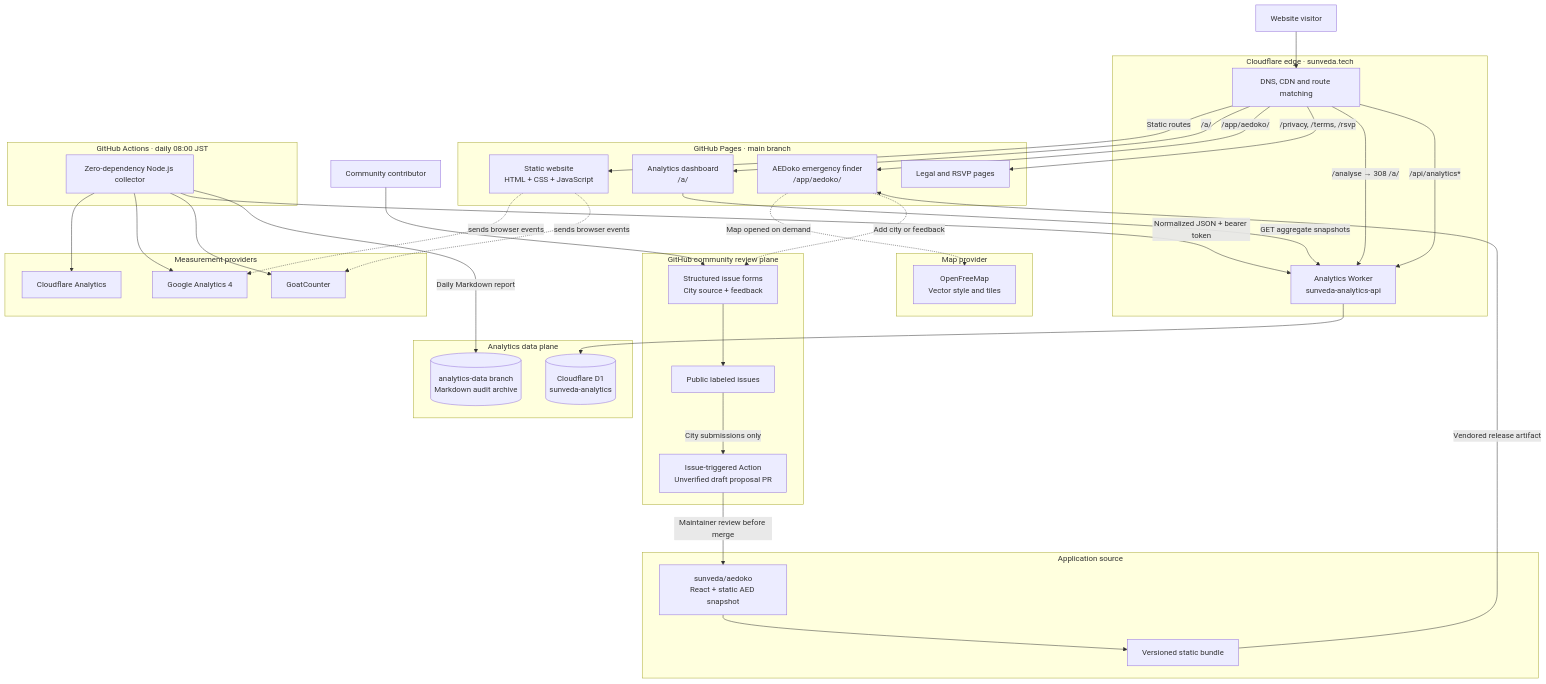
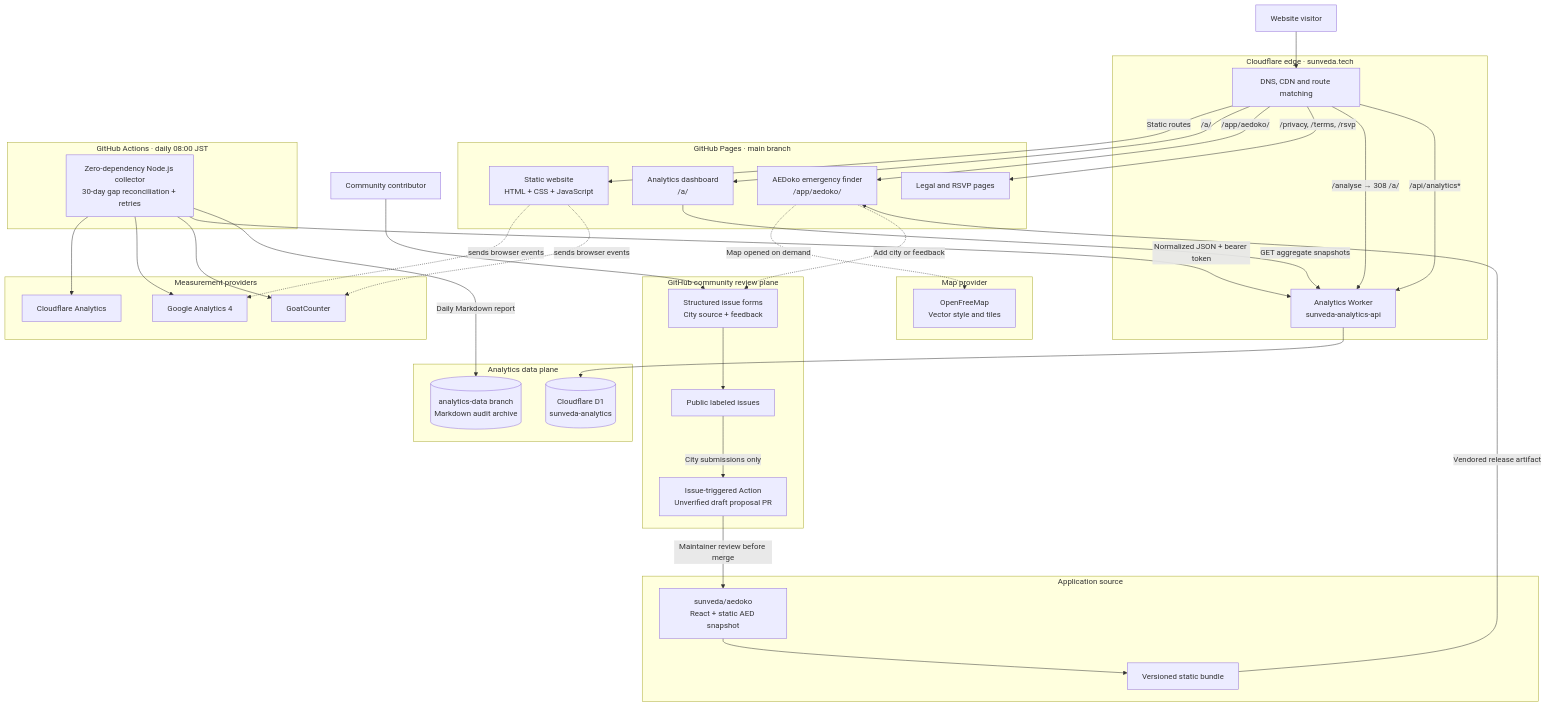
Before and after one commit to sunveda/sunveda.tech: the first of 2 diagrams in README.md, drawn with Mermaid. The commit also changed other lines of this file and 6 other files, not shown here.

````diff
--- a/README.md
+++ b/README.md
@@ -14,74 +14,74 @@
 ```mermaid
 flowchart TB
   visitor[Website visitor]
   contributor[Community contributor]
 
   subgraph edge[Cloudflare edge · sunveda.tech]
     cf[DNS, CDN and route matching]
     worker[Analytics Worker<br/>sunveda-analytics-api]
   end
 
   subgraph static[GitHub Pages · main branch]
     site[Static website<br/>HTML + CSS + JavaScript]
     dashboard[Analytics dashboard<br/>/a/]
     aedoko[AEDoko emergency finder<br/>/app/aedoko/]
     pages[Legal and RSVP pages]
   end
 
   subgraph appsource[Application source]
     aedrepo[sunveda/aedoko<br/>React + static AED snapshot]
     aedbuild[Versioned static bundle]
   end
 
   subgraph community[GitHub community review plane]
     forms[Structured issue forms<br/>City source + feedback]
     issues[Public labeled issues]
     proposal[Issue-triggered Action<br/>Unverified draft proposal PR]
   end
 
   subgraph data[Analytics data plane]
     d1[(Cloudflare D1<br/>sunveda-analytics)]
     archive[(analytics-data branch<br/>Markdown audit archive)]
   end
 
   subgraph providers[Measurement providers]
     cfa[Cloudflare Analytics]
     ga[Google Analytics 4]
     goat[GoatCounter]
   end
 
   subgraph maps[Map provider]
     openfreemap[OpenFreeMap<br/>Vector style and tiles]
   end
 
   subgraph automation[GitHub Actions · daily 08:00 JST]
-    collector[Zero-dependency Node.js collector]
+    collector[Zero-dependency Node.js collector<br/>30-day gap reconciliation + retries]
   end
 
   visitor --> cf
   cf -->|Static routes| site
   cf -->|/a/| dashboard
   cf -->|/app/aedoko/| aedoko
   cf -->|/privacy, /terms, /rsvp| pages
   cf -->|/analyse → 308 /a/| worker
   cf -->|/api/analytics*| worker
   dashboard -->|GET aggregate snapshots| worker
   worker --> d1
 
   aedrepo --> aedbuild
   aedbuild -->|Vendored release artifact| aedoko
   aedoko -. Map opened on demand .-> openfreemap
   aedoko -. Add city or feedback .-> forms
   contributor --> forms
   forms --> issues
   issues -->|City submissions only| proposal
   proposal -->|Maintainer review before merge| aedrepo
 
   site -. sends browser events .-> ga
   site -. sends browser events .-> goat
   collector --> cfa
   collector --> ga
   collector --> goat
   collector -->|Normalized JSON + bearer token| worker
   collector -->|Daily Markdown report| archive
 ```
````
